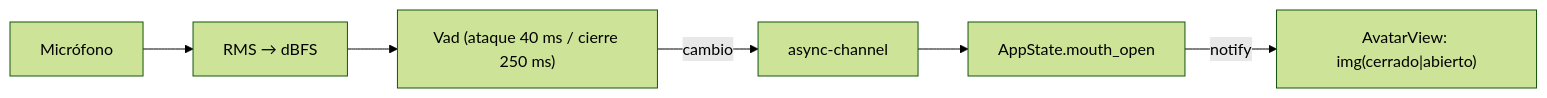
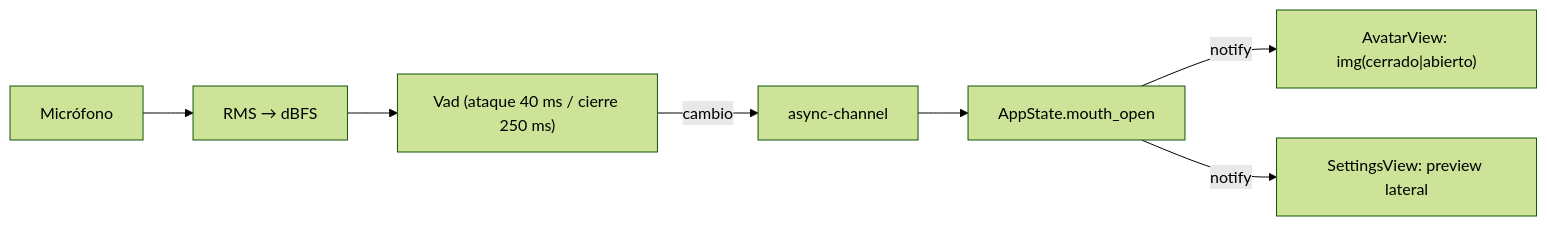
Before and after one commit to roldyoran/gpui-hola-mundo: the second of 2 diagrams in docs/architecture.md, drawn with Mermaid (forest theme). The commit also changed other lines of this file and 12 other files, not shown here.

First line of the commit message:
feat(startup): preview lateral y overlay bajo demanda

````diff
--- a/docs/architecture.md
+++ b/docs/architecture.md
@@ -75,8 +79,9 @@
 ```mermaid
 flowchart LR
     Mic["Micrófono"] --> RMS["RMS → dBFS"]
     RMS --> VAD["Vad (ataque 40 ms / cierre 250 ms)"]
     VAD -->|cambio| Chan["async-channel"]
     Chan --> App["AppState.mouth_open"]
     App -->|notify| Overlay["AvatarView: img(cerrado|abierto)"]
+    App -->|notify| Preview["SettingsView: preview lateral"]
 ```
````
